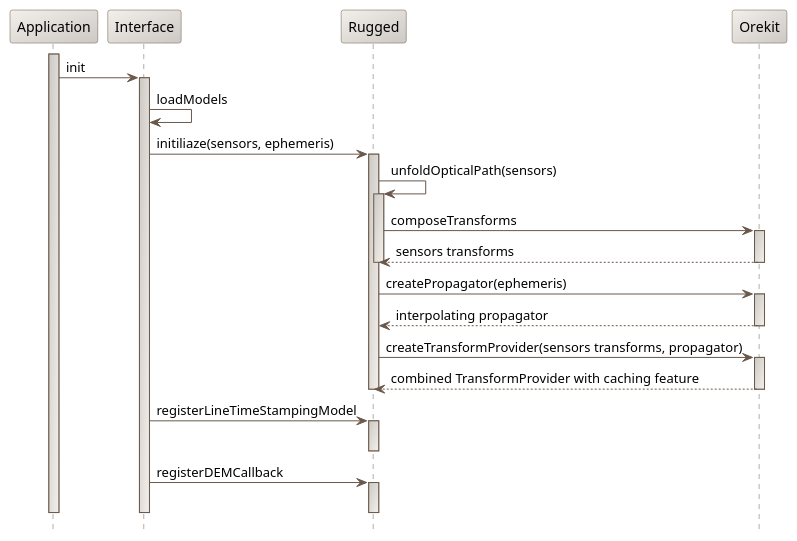
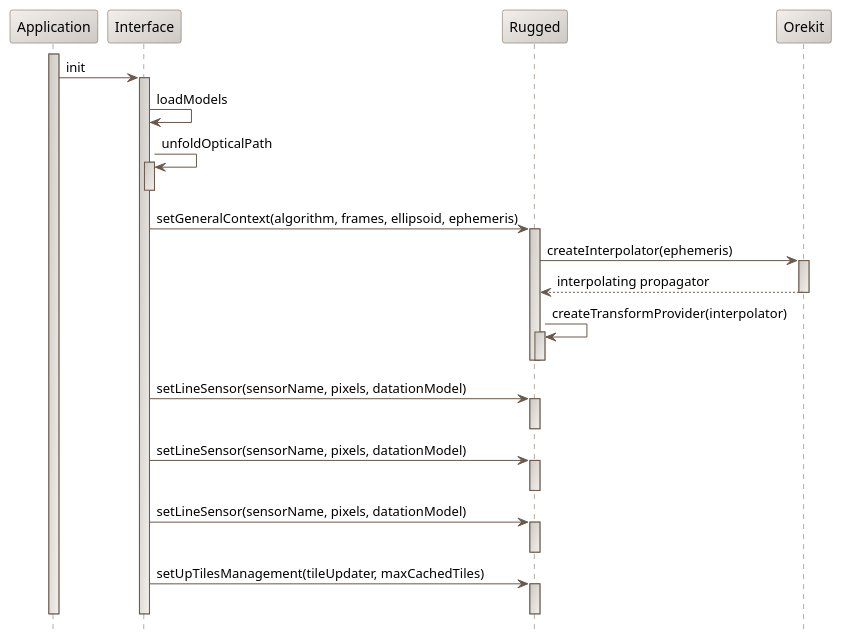
Before and after one commit to CS-SI/Rugged: the diagram in design/initialization-sequence-diagram.puml, drawn with PlantUML. The commit also changed 5 other files, not shown here.

```diff
--- a/design/initialization-sequence-diagram.puml
+++ b/design/initialization-sequence-diagram.puml
@@ -17,54 +17,55 @@
 @startuml
 
   skinparam svek                                true
   skinparam NoteBackgroundColor                 #F3EFEB
   skinparam NoteBorderColor                     #691616
   skinparam NoteFontColor                       #691616
   skinparam SequenceActorBorderColor            #6A584B
   skinparam SequenceParticipantBackgroundColor  #F3EFEB/CCC9C5
   skinparam SequenceParticipantBorderColor      #6A584B
   skinparam SequenceLifeLineBackgroundColor     #CCC9C5/F3EFEB
   skinparam SequenceLifeLineBorderColor         #6A584B
   skinparam SequenceArrowColor                  #6A584B
   skinparam SequenceBorderColor                 #6A584B
   skinparam SequenceFontSize                    11
 
   hide footbox
 
   participant "Application" as A
   participant "Interface" as I
   participant "Rugged" as R
   participant "Orekit" as O
 
   activate A
     A -> I : init
     activate I
       I -> I : loadModels
-      I -> R : initiliaze(sensors, ephemeris)
+      I -> I : unfoldOpticalPath
+      activate I
+      deactivate I
+      I -> R : setGeneralContext(algorithm, frames, ellipsoid, ephemeris)
       activate R
-        R -> R : unfoldOpticalPath(sensors)
+        R -> O : createInterpolator(ephemeris)
+        activate O
+          O --> R : interpolating propagator
+        deactivate O
+        R -> R : createTransformProvider(interpolator)
         activate R
-          R -> O : composeTransforms
-          activate O
-            O --> R : sensors transforms
-          deactivate O
-        deactivate R
-       R -> O : createPropagator(ephemeris)
-         activate O
-           O --> R : interpolating propagator
-          deactivate O
-       R -> O : createTransformProvider(sensors transforms, propagator)
-         activate O
-           O --> R : combined TransformProvider with caching feature
-         deactivate O
+         deactivate R
       deactivate R
-      I -> R : registerLineTimeStampingModel
+      I -> R : setLineSensor(sensorName, pixels, datationModel)
       activate R
       deactivate R
-      I -> R : registerDEMCallback
+      I -> R : setLineSensor(sensorName, pixels, datationModel)
+      activate R
+      deactivate R
+      I -> R : setLineSensor(sensorName, pixels, datationModel)
+      activate R
+      deactivate R
+      I -> R : setUpTilesManagement(tileUpdater, maxCachedTiles)
       activate R
       deactivate R
     deactivate I
   deactivate A
 
 @enduml
```
